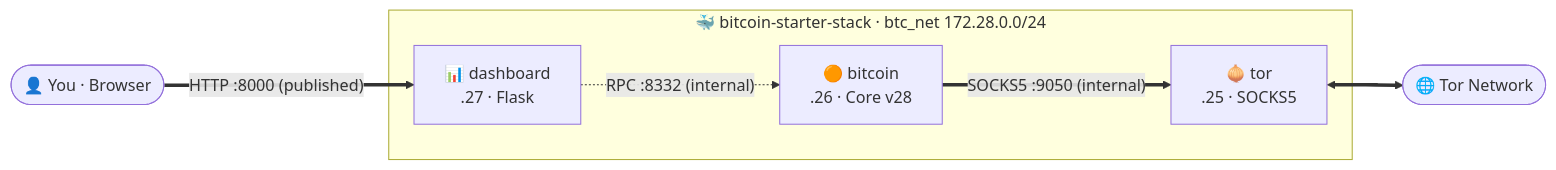
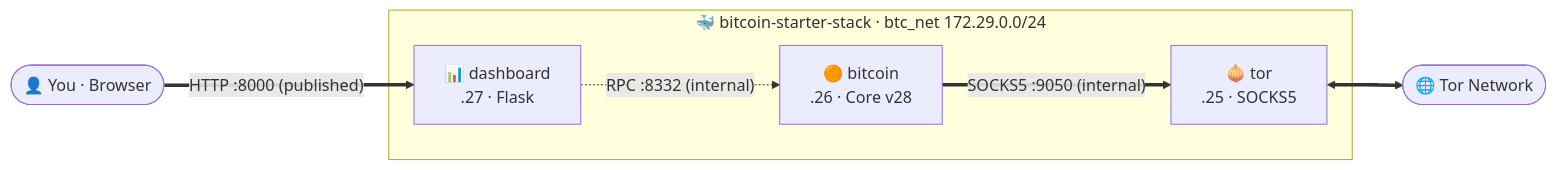
Before and after one commit to VijitSingh97/bitcoin-starter-stack: the diagram in docs/architecture.md, drawn with Mermaid. The commit also changed other lines of this file and 7 other files, not shown here.

````diff
--- a/docs/architecture.md
+++ b/docs/architecture.md
@@ -6,16 +6,16 @@
 ```mermaid
 flowchart LR
     You(["👤 You · Browser"])
     Net(["🌐 Tor Network"])
 
-    subgraph stack ["🐳 bitcoin-starter-stack · btc_net 172.28.0.0/24"]
+    subgraph stack ["🐳 bitcoin-starter-stack · btc_net 172.29.0.0/24"]
         Dashboard["📊 dashboard<br/>.27 · Flask"]
         Bitcoin["🟠 bitcoin<br/>.26 · Core v28"]
         Tor["🧅 tor<br/>.25 · SOCKS5"]
     end
 
     You ==>|"HTTP :8000 (published)"| Dashboard
     Dashboard -.->|"RPC :8332 (internal)"| Bitcoin
     Bitcoin ==>|"SOCKS5 :9050 (internal)"| Tor
     Tor <==> Net
 ```
````
